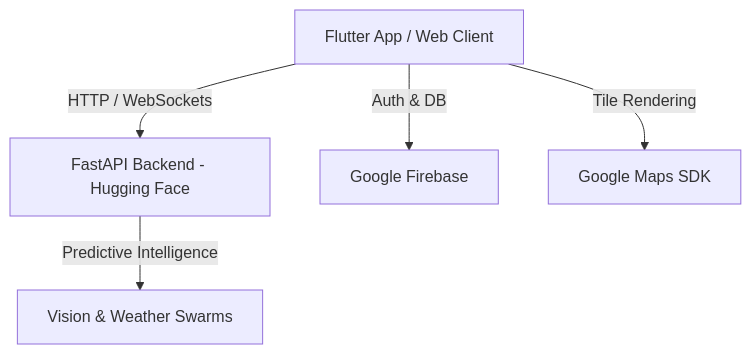
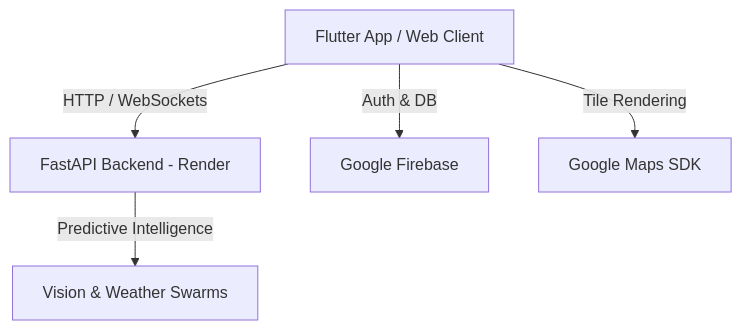
The diagram in README.md (waqas3133/ZEUS-Smart-City), drawn with Mermaid before and after one commit. The commit also changed other lines of this file and 2 other files, not shown here.

Commit message:
Victory Build: Connected Flutter core to stable Render Cloud Engine

````diff
--- a/README.md
+++ b/README.md
@@ -21,7 +21,7 @@
 ```mermaid
 graph TD
-    A[Flutter App / Web Client] -->|HTTP / WebSockets| B[FastAPI Backend - Hugging Face]
+    A[Flutter App / Web Client] -->|HTTP / WebSockets| B[FastAPI Backend - Render]
     A -->|Auth & DB| C[Google Firebase]
     A -->|Tile Rendering| D[Google Maps SDK]
     B -->|Predictive Intelligence| E[Vision & Weather Swarms]
 ```
````
